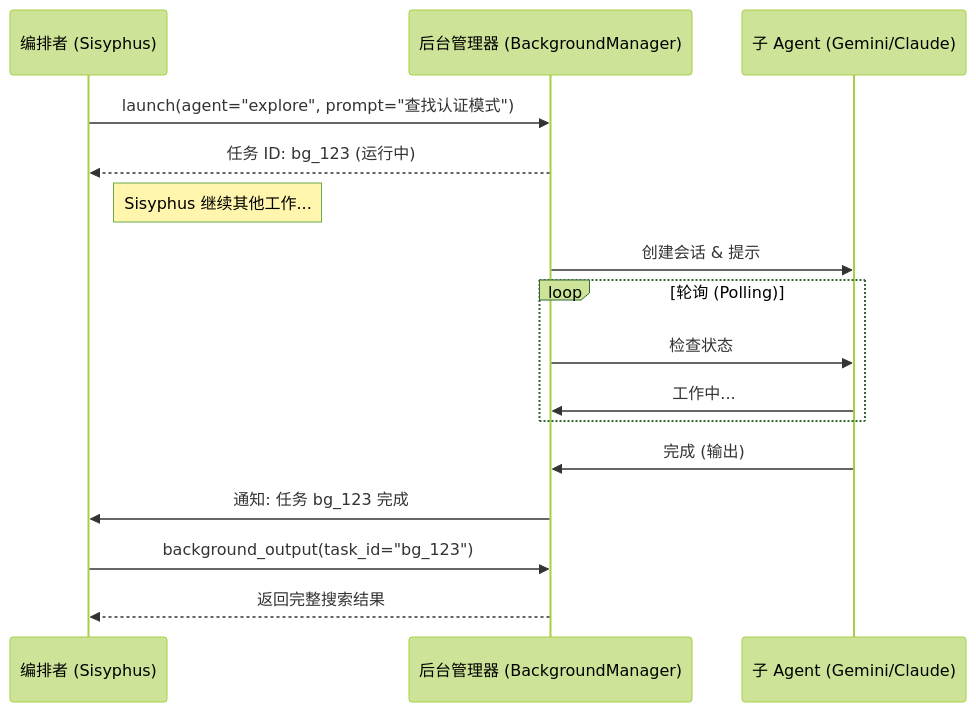
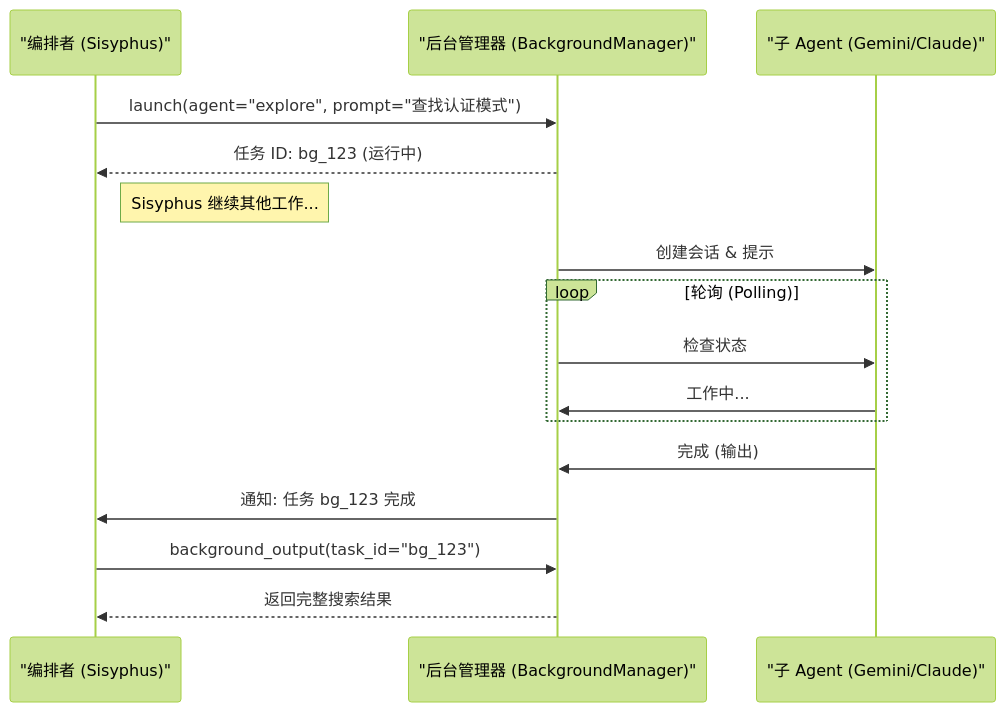
The second of 2 diagrams in SISYPHUS_ARCHITECTURE_ZH.md (kevinz/oh-my-opencode), drawn with Mermaid (forest theme) before and after one commit. The commit also changed 1 other file, not shown here.

Commit message:
Fix Mermaid syntax in architecture diagrams
- Quote all Mermaid node labels and participant aliases containing parentheses in both English and Chinese documentation
- Ensure robust rendering across all Markdown parsers

````diff
--- a/SISYPHUS_ARCHITECTURE_ZH.md
+++ b/SISYPHUS_ARCHITECTURE_ZH.md
@@ -91,22 +91,22 @@
 ```mermaid
 sequenceDiagram
-    participant Orch as 编排者 (Sisyphus)
-    participant Mgr as 后台管理器 (BackgroundManager)
-    participant Sub as 子 Agent (Gemini/Claude)
+    participant Orch as "编排者 (Sisyphus)"
+    participant Mgr as "后台管理器 (BackgroundManager)"
+    participant Sub as "子 Agent (Gemini/Claude)"
 
     Orch->>Mgr: launch(agent="explore", prompt="查找认证模式")
     Mgr-->>Orch: 任务 ID: bg_123 (运行中)
     Note right of Orch: Sisyphus 继续其他工作...
 
     Mgr->>Sub: 创建会话 & 提示
     loop 轮询 (Polling)
         Mgr->>Sub: 检查状态
         Sub->>Mgr: 工作中...
     end
 
     Sub->>Mgr: 完成 (输出)
     Mgr->>Orch: 通知: 任务 bg_123 完成
 
     Orch->>Mgr: background_output(task_id="bg_123")
     Mgr-->>Orch: 返回完整搜索结果
 ```
````
